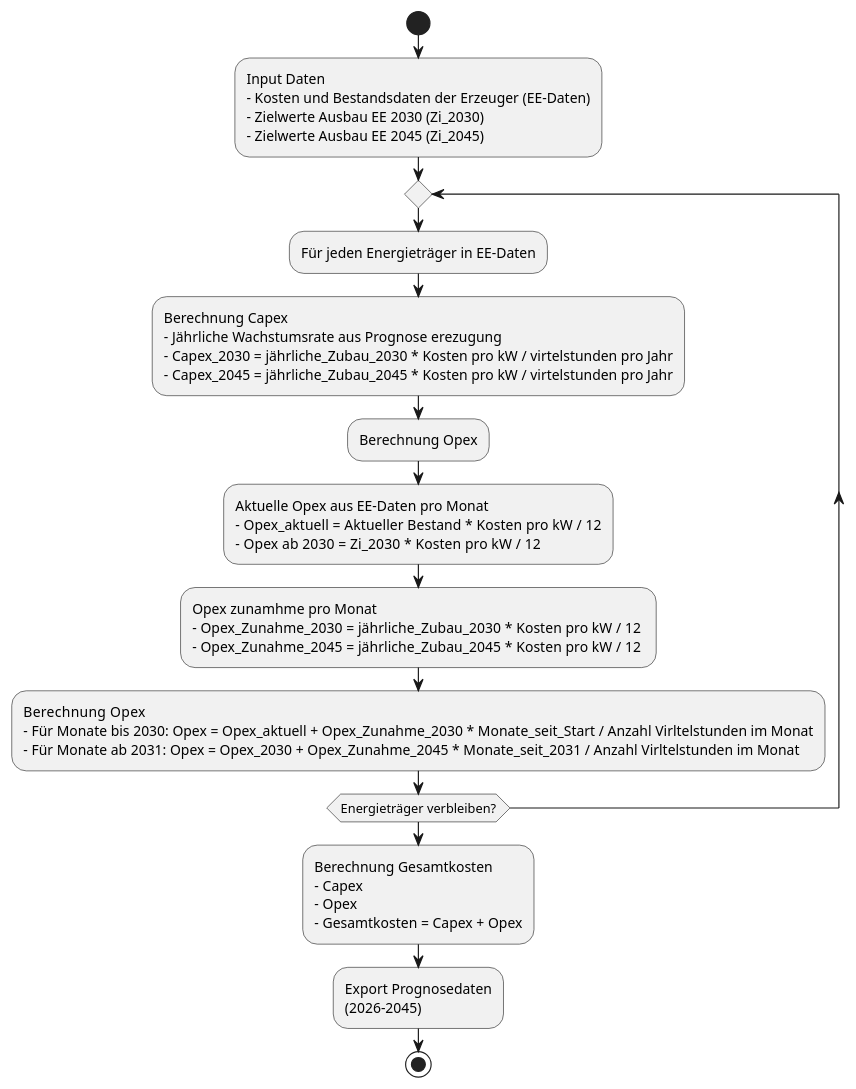
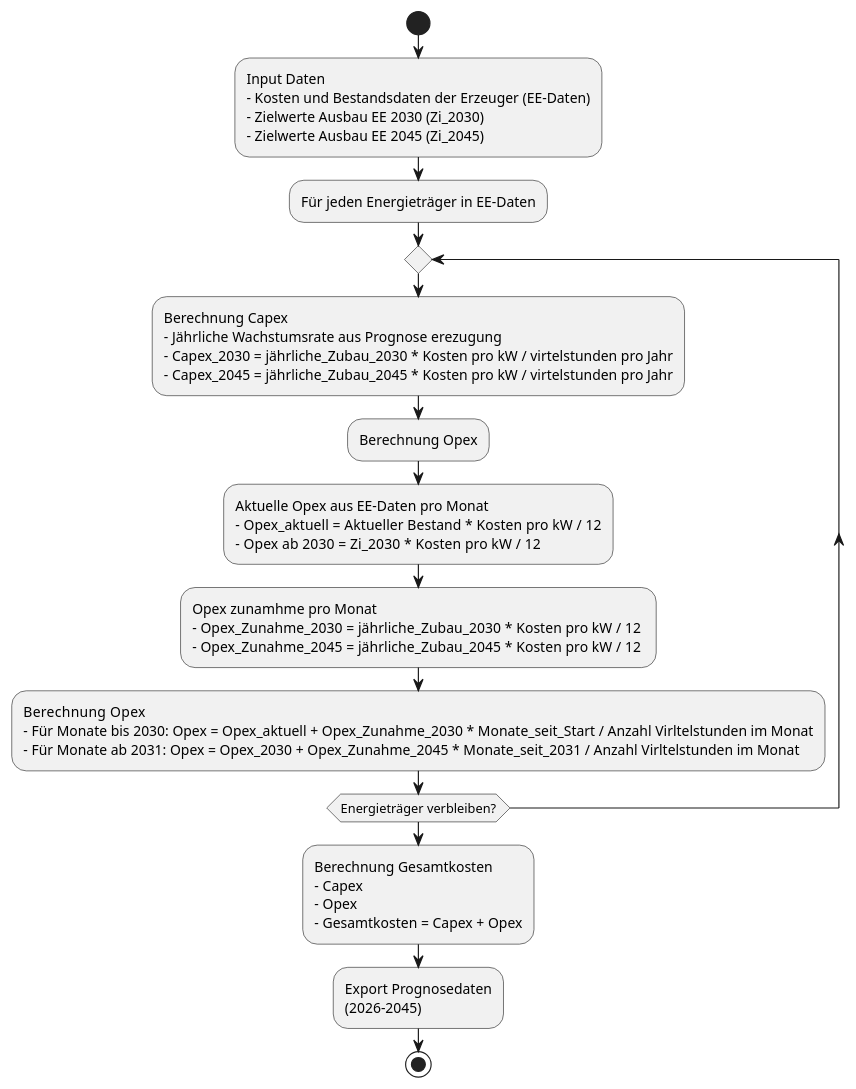
Before and after one commit to gitroi/IPJ1-Pottkieker: the diagram in Sonstiges/UML_Diagramme/Kosten.plantuml, drawn with PlantUML. The commit also changed 1 other file, not shown here.

Commit message:
Diagramme Überarbeitet

```diff
--- a/Sonstiges/UML_Diagramme/Kosten.plantuml
+++ b/Sonstiges/UML_Diagramme/Kosten.plantuml
@@ -1,43 +1,44 @@
 @startuml Capex und Opex des EE-Ausbaus
 
 start
 
 :Input Daten
 - Kosten und Bestandsdaten der Erzeuger (EE-Daten)
 - Zielwerte Ausbau EE 2030 (Zi_2030)
 - Zielwerte Ausbau EE 2045 (Zi_2045);
+:Für jeden Energieträger in EE-Daten;
 
 repeat 
-    :Für jeden Energieträger in EE-Daten;
+    
 
-:Berechnung Capex
-- Jährliche Wachstumsrate aus Prognose erezugung
-- Capex_2030 = jährliche_Zubau_2030 * Kosten pro kW / virtelstunden pro Jahr
-- Capex_2045 = jährliche_Zubau_2045 * Kosten pro kW / virtelstunden pro Jahr;
+    :Berechnung Capex
+    - Jährliche Wachstumsrate aus Prognose erezugung
+    - Capex_2030 = jährliche_Zubau_2030 * Kosten pro kW / virtelstunden pro Jahr
+    - Capex_2045 = jährliche_Zubau_2045 * Kosten pro kW / virtelstunden pro Jahr;
 
-:Berechnung Opex;
+    :Berechnung Opex;
 
-:Aktuelle Opex aus EE-Daten pro Monat
-- Opex_aktuell = Aktueller Bestand * Kosten pro kW  / 12
-- Opex ab 2030 = Zi_2030 * Kosten pro kW  / 12;
+    :Aktuelle Opex aus EE-Daten pro Monat
+    - Opex_aktuell = Aktueller Bestand * Kosten pro kW  / 12
+    - Opex ab 2030 = Zi_2030 * Kosten pro kW  / 12;
 
-:Opex zunamhme pro Monat
-- Opex_Zunahme_2030 = jährliche_Zubau_2030 * Kosten pro kW  / 12 
-- Opex_Zunahme_2045 = jährliche_Zubau_2045 * Kosten pro kW  / 12;
+    :Opex zunamhme pro Monat
+    - Opex_Zunahme_2030 = jährliche_Zubau_2030 * Kosten pro kW  / 12 
+    - Opex_Zunahme_2045 = jährliche_Zubau_2045 * Kosten pro kW  / 12;
 
-:Berechnung  Opex
-- Für Monate bis 2030: Opex = Opex_aktuell + Opex_Zunahme_2030 * Monate_seit_Start / Anzahl Virltelstunden im Monat
-- Für Monate ab 2031: Opex = Opex_2030 + Opex_Zunahme_2045 * Monate_seit_2031 / Anzahl Virltelstunden im Monat;
+    :Berechnung  Opex
+    - Für Monate bis 2030: Opex = Opex_aktuell + Opex_Zunahme_2030 * Monate_seit_Start / Anzahl Virltelstunden im Monat
+    - Für Monate ab 2031: Opex = Opex_2030 + Opex_Zunahme_2045 * Monate_seit_2031 / Anzahl Virltelstunden im Monat;
 
 repeat while (Energieträger verbleiben?);
 
 :Berechnung Gesamtkosten
 - Capex
 - Opex
 - Gesamtkosten = Capex + Opex;
 
 :Export Prognosedaten
 (2026–2045);
 
 stop
 @enduml
```
